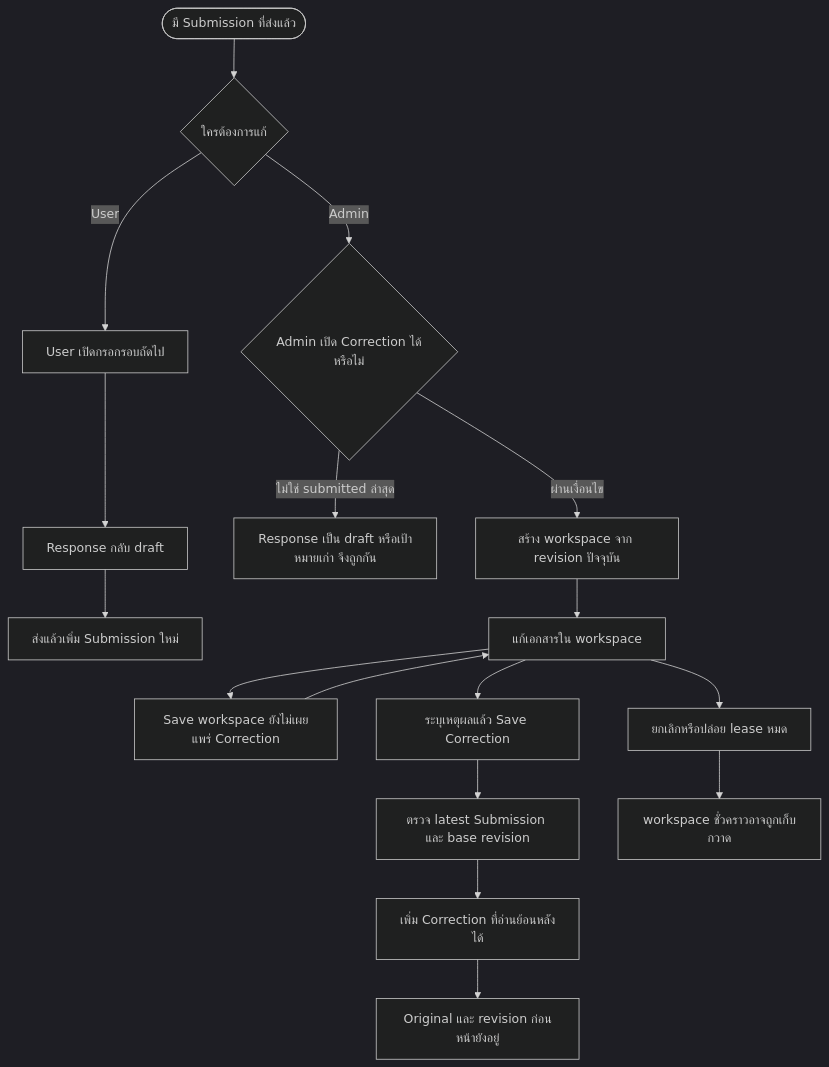
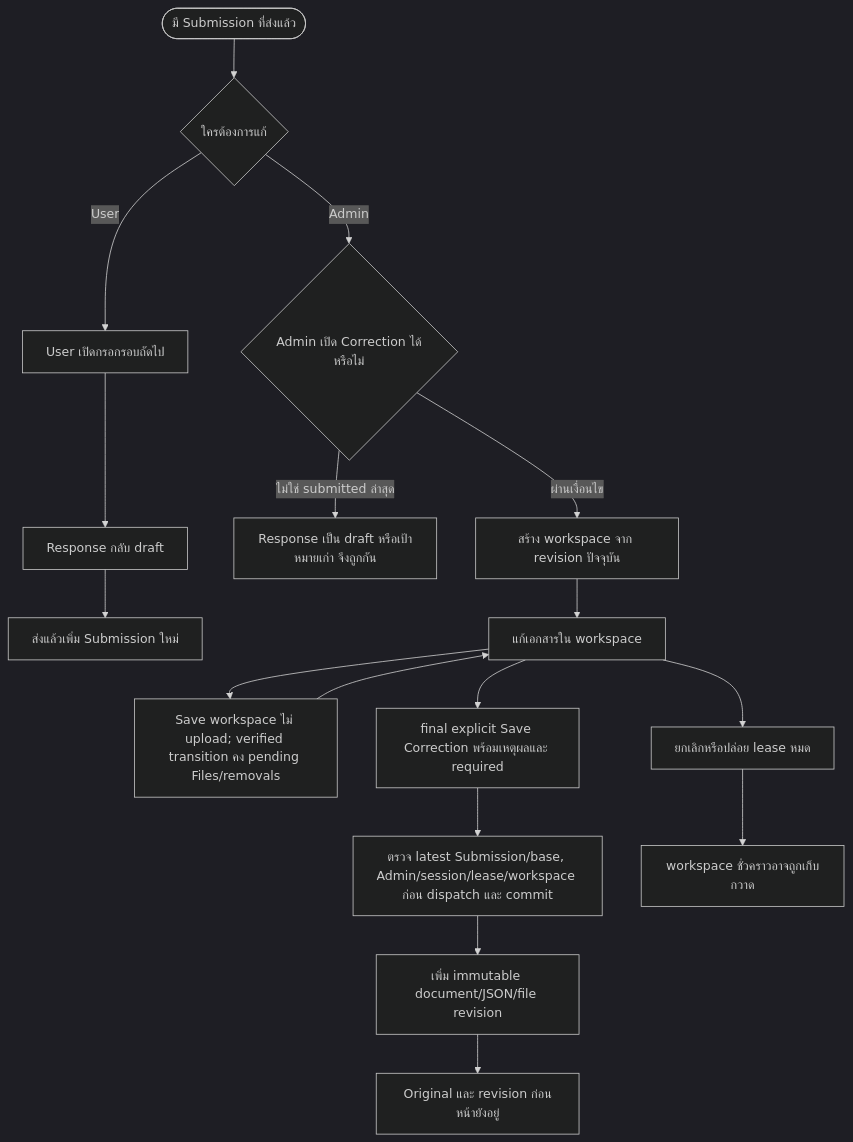
Before and after one commit to AquilaStudio2/folio-forms: diagram 21 of 23 in .scratch/system-workflow/system-map.md, drawn with Mermaid (dark theme). The commit also changed other lines of this file and 25 other files, not shown here.

````diff
--- a/.scratch/system-workflow/system-map.md
+++ b/.scratch/system-workflow/system-map.md
@@ -1284,27 +1304,27 @@
 ```mermaid
 flowchart TD
     submitted(["มี Submission ที่ส่งแล้ว"])
     actor{"ใครต้องการแก้"}
     user["User เปิดกรอกรอบถัดไป"]
     newDraft["Response กลับ draft"]
     next["ส่งแล้วเพิ่ม Submission ใหม่"]
     gate{"Admin เปิด Correction ได้หรือไม่"}
     block["Response เป็น draft หรือเป้าหมายเก่า จึงถูกกัน"]
     workspace["สร้าง workspace จาก revision ปัจจุบัน"]
     edit["แก้เอกสารใน workspace"]
-    preview["Save workspace ยังไม่เผยแพร่ Correction"]
-    reason["ระบุเหตุผลแล้ว Save Correction"]
-    commit["ตรวจ latest Submission และ base revision"]
-    revision["เพิ่ม Correction ที่อ่านย้อนหลังได้"]
+    preview["Save workspace ไม่ upload; verified transition คง pending Files/removals"]
+    reason["final explicit Save Correction พร้อมเหตุผลและ required"]
+    commit["ตรวจ latest Submission/base, Admin/session/lease/workspace ก่อน dispatch และ commit"]
+    revision["เพิ่ม immutable document/JSON/file revision"]
     history["Original และ revision ก่อนหน้ายังอยู่"]
     abandon["ยกเลิกหรือปล่อย lease หมด"]
     cleanup["workspace ชั่วคราวอาจถูกเก็บกวาด"]
     submitted --> actor
     actor -->|"User"| user --> newDraft --> next
     actor -->|"Admin"| gate
     gate -->|"ไม่ใช่ submitted ล่าสุด"| block
     gate -->|"ผ่านเงื่อนไข"| workspace --> edit
     edit --> preview --> edit
     edit --> reason --> commit --> revision --> history
     edit --> abandon --> cleanup
 ```
````
